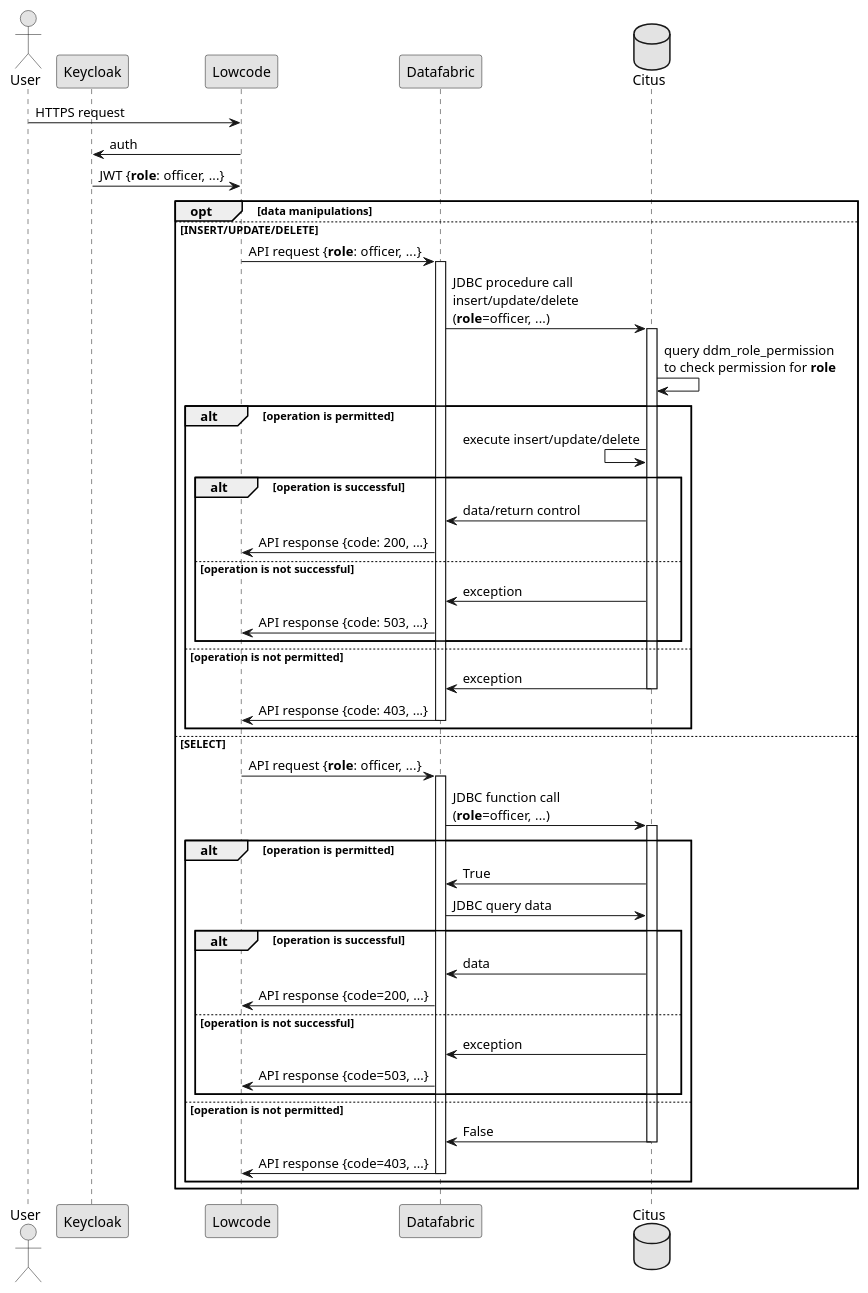
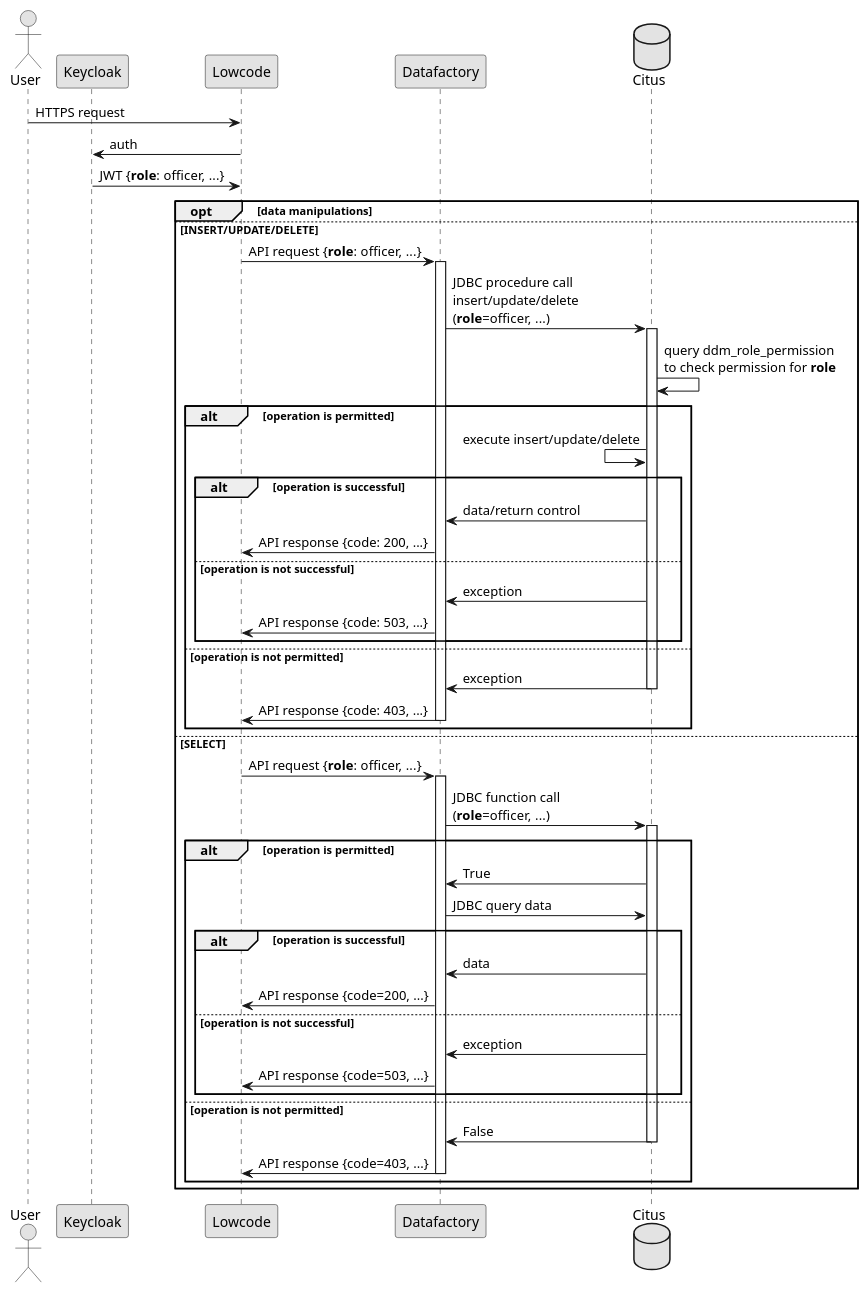
One commit to epam/edp-ddm-architecture changed the diagram in modules/ROOT/partials/datafactory/rbac_process.puml. Above: the diagram before and after it, drawn with PlantUML. The commit also changed 2 other files, not shown here.

```diff
--- a/modules/ROOT/partials/datafactory/rbac_process.puml
+++ b/modules/ROOT/partials/datafactory/rbac_process.puml
@@ -1,51 +1,51 @@
 @startuml
 skinparam monochrome true
 'skinparam backgroundColor #aaaaaa
 
 Actor User
 participant Keycloak
 User -> Lowcode: HTTPS request
 Keycloak <- Lowcode: auth
 Keycloak -> Lowcode: JWT {**role**: officer, ...}
 opt data manipulations
 else INSERT/UPDATE/DELETE
-    Lowcode -> Datafabric++: API request {**role**: officer, ...}
+    Lowcode -> Datafactory++: API request {**role**: officer, ...}
     database Citus
-    Datafabric -> Citus++: JDBC procedure call\ninsert/update/delete\n(**role**=officer, ...)
+    Datafactory -> Citus++: JDBC procedure call\ninsert/update/delete\n(**role**=officer, ...)
     Citus -> Citus: query ddm_role_permission\nto check permission for **role**
 
     alt operation is permitted
         Citus <- Citus: execute insert/update/delete
         alt operation is successful
-            Datafabric <- Citus: data/return control
-            Lowcode <- Datafabric: API response {code: 200, ...}
+            Datafactory <- Citus: data/return control
+            Lowcode <- Datafactory: API response {code: 200, ...}
         else operation is not successful
-            Datafabric <- Citus: exception
-            Lowcode <- Datafabric: API response {code: 503, ...}
+            Datafactory <- Citus: exception
+            Lowcode <- Datafactory: API response {code: 503, ...}
         end
     else operation is not permitted
-        Datafabric <- Citus--: exception
-        Lowcode <- Datafabric--: API response {code: 403, ...}
+        Datafactory <- Citus--: exception
+        Lowcode <- Datafactory--: API response {code: 403, ...}
     end
 else SELECT
-    Lowcode -> Datafabric++:API request {**role**: officer, ...}
-    Datafabric -> Citus++: JDBC function call\n(**role**=officer, ...)
+    Lowcode -> Datafactory++:API request {**role**: officer, ...}
+    Datafactory -> Citus++: JDBC function call\n(**role**=officer, ...)
     alt operation is permitted
-        Datafabric <- Citus: True
-        Datafabric -> Citus: JDBC query data
+        Datafactory <- Citus: True
+        Datafactory -> Citus: JDBC query data
         alt operation is successful
-            Datafabric <- Citus: data
-            Lowcode <- Datafabric: API response {code=200, ...}
+            Datafactory <- Citus: data
+            Lowcode <- Datafactory: API response {code=200, ...}
         else operation is not successful
-            Datafabric <- Citus: exception
-            Lowcode <- Datafabric: API response {code=503, ...}
+            Datafactory <- Citus: exception
+            Lowcode <- Datafactory: API response {code=503, ...}
         end
     else operation is not permitted
-        Datafabric <- Citus--: False
-        Lowcode <- Datafabric--: API response {code=403, ...}
+        Datafactory <- Citus--: False
+        Lowcode <- Datafactory--: API response {code=403, ...}
 
     end
 end
 
 
 @enduml
```
